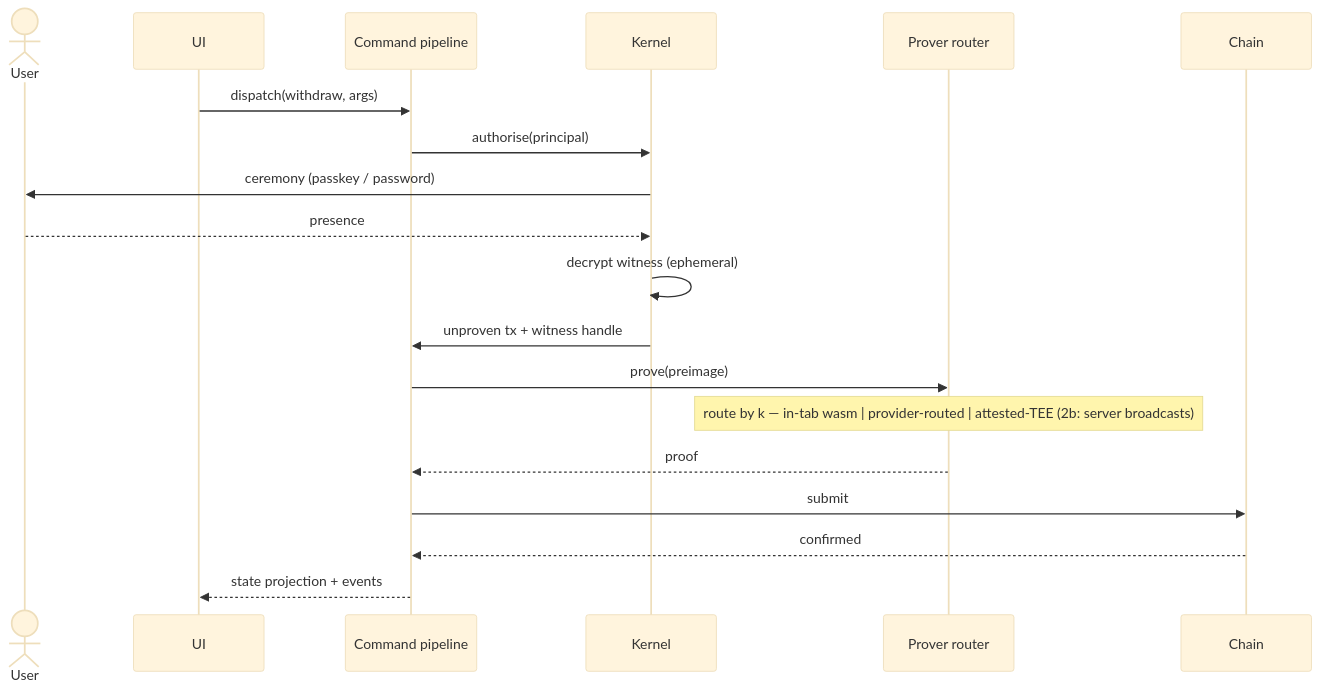
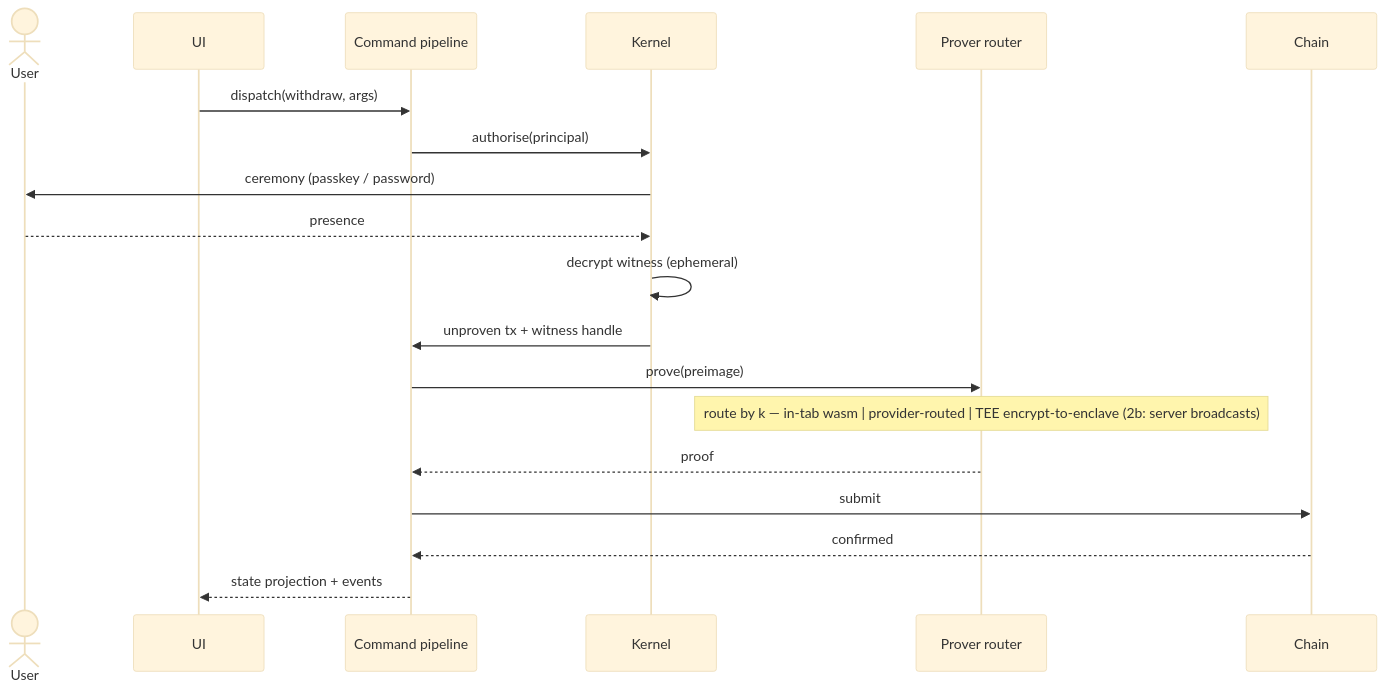
Before and after one commit to midnightntwrk/passport: the sixth of 6 diagrams in sdk/docs/architecture.md, drawn with Mermaid (base theme). The commit also changed other lines of this file and 2 other files, not shown here.

First line of the commit message:
SDK docs: re-scope remote-prover trust — SDK encrypts to enclave, does not attest

````diff
--- a/sdk/docs/architecture.md
+++ b/sdk/docs/architecture.md
@@ -639,21 +643,21 @@
 ```mermaid
 sequenceDiagram
   actor User
   participant UI
   participant Cmd as Command pipeline
   participant Kernel
   participant Prover as Prover router
   participant Chain
   UI->>Cmd: dispatch(withdraw, args)
   Cmd->>Kernel: authorise(principal)
   Kernel->>User: ceremony (passkey / password)
   User-->>Kernel: presence
   Kernel->>Kernel: decrypt witness (ephemeral)
   Kernel->>Cmd: unproven tx + witness handle
   Cmd->>Prover: prove(preimage)
-  Note over Prover: route by k — in-tab wasm | provider-routed | attested-TEE (2b: server broadcasts)
+  Note over Prover: route by k — in-tab wasm | provider-routed | TEE encrypt-to-enclave (2b: server broadcasts)
   Prover-->>Cmd: proof
   Cmd->>Chain: submit
   Chain-->>Cmd: confirmed
   Cmd-->>UI: state projection + events
 ```
````
